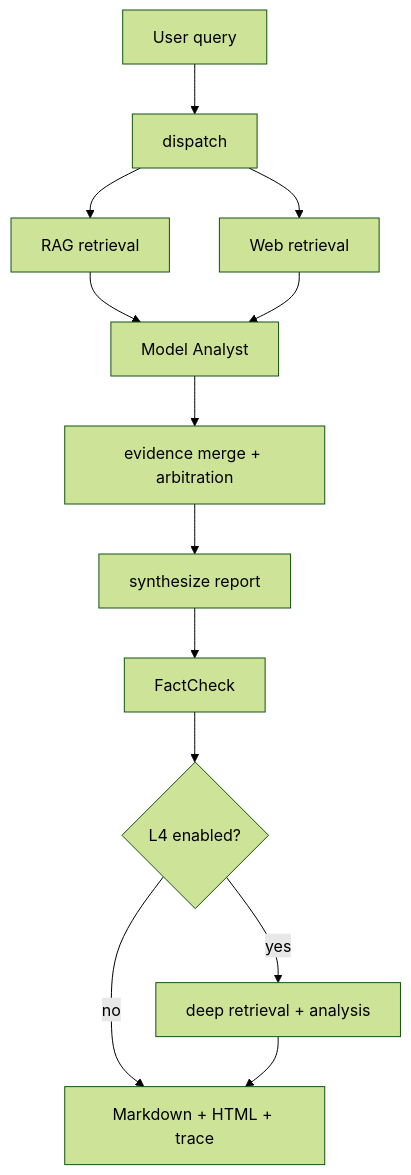
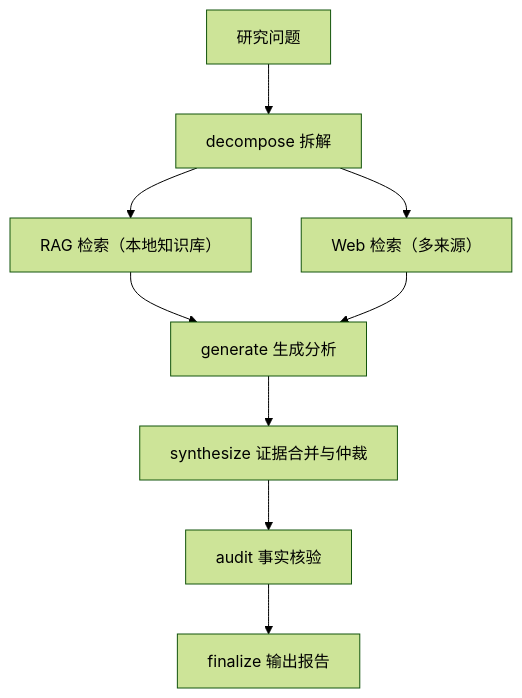
One commit to plutoqz/Conflux changed the diagram in README.md. Above: the diagram before and after it, drawn with Mermaid (forest theme). The commit also changed other lines of this file and 4 other files, not shown here.

````diff
--- a/README.md
+++ b/README.md
@@ -26,15 +18,11 @@
 ```mermaid
 flowchart TD
-    Q["User query"] --> D["dispatch"]
-    D --> R["RAG retrieval"]
-    D --> W["Web retrieval"]
-    R --> M["Model Analyst"]
-    W --> M
-    M --> E["evidence merge + arbitration"]
-    E --> S["synthesize report"]
-    S --> F["FactCheck"]
-    F --> L{"L4 enabled?"}
-    L -->|yes| U["deep retrieval + analysis"]
-    L -->|no| O["Markdown + HTML + trace"]
-    U --> O
+    Q["研究问题"] --> D["decompose 拆解"]
+    D --> R["RAG 检索（本地知识库）"]
+    D --> W["Web 检索（多来源）"]
+    R --> G["generate 生成分析"]
+    W --> G
+    G --> S["synthesize 证据合并与仲裁"]
+    S --> A["audit 事实核验"]
+    A --> F["finalize 输出报告"]
 ```
````
